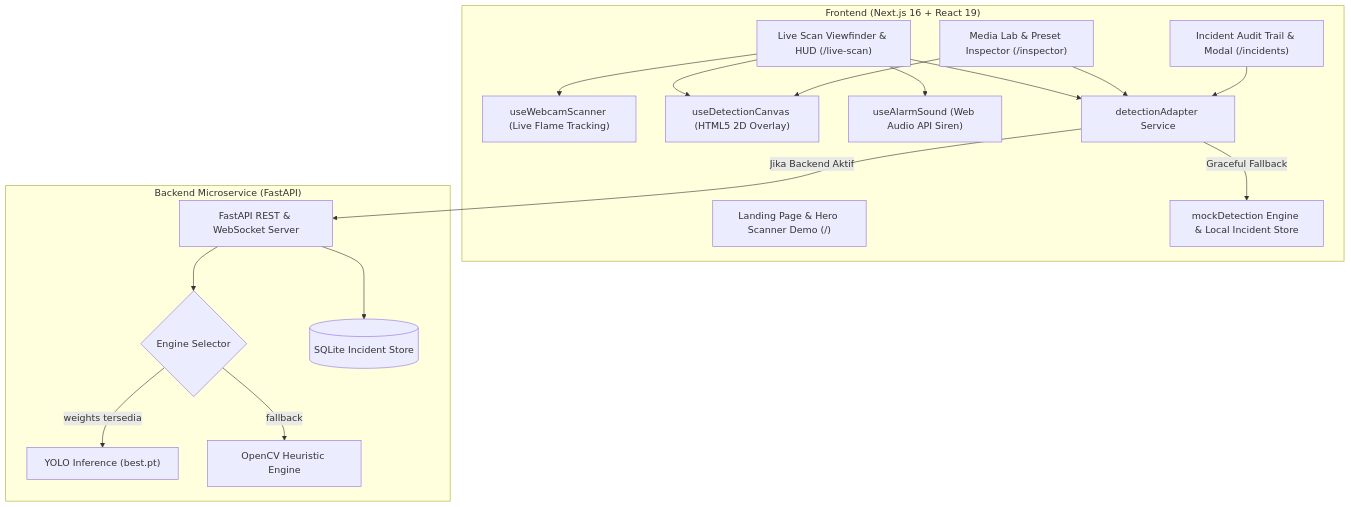
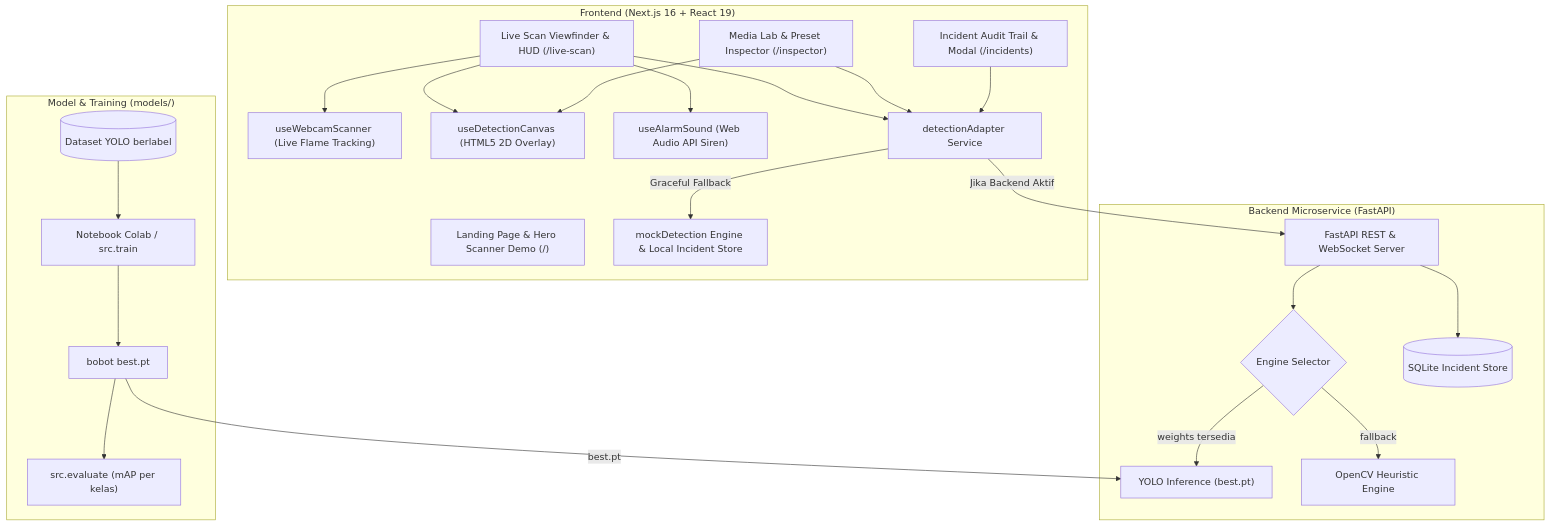
The diagram in README.md (ClaveAP/fire-smoke-detection), drawn with Mermaid before and after one commit. The commit also changed other lines of this file and 49 other files, not shown here.

````diff
--- a/README.md
+++ b/README.md
@@ -37,38 +38,50 @@
 ```mermaid
 flowchart TD
     subgraph Client["Frontend (Next.js 16 + React 19)"]
         Home["Landing Page & Hero Scanner Demo (/)"]
         LiveScan["Live Scan Viewfinder & HUD (/live-scan)"]
         Inspector["Media Lab & Preset Inspector (/inspector)"]
         Incidents["Incident Audit Trail & Modal (/incidents)"]
         
         Webcam["useWebcamScanner (Live Flame Tracking)"]
         Canvas["useDetectionCanvas (HTML5 2D Overlay)"]
         Synth["useAlarmSound (Web Audio API Siren)"]
         Adapter["detectionAdapter Service"]
         MockEngine["mockDetection Engine & Local Incident Store"]
     end
 
     subgraph Service["Backend Microservice (FastAPI)"]
         API["FastAPI REST & WebSocket Server"]
         Engine{"Engine Selector"}
         YOLO["YOLO Inference (best.pt)"]
         Heuristic["OpenCV Heuristic Engine"]
         DB[("SQLite Incident Store")]
     end
 
+    subgraph ML["Model & Training (models/)"]
+        Data[("Dataset YOLO berlabel")]
+        Notebook["Notebook Colab / src.train"]
+        Eval["src.evaluate (mAP per kelas)"]
+        Weights["bobot best.pt"]
+    end
+
     LiveScan --> Webcam
     LiveScan --> Canvas
     LiveScan --> Synth
     LiveScan --> Adapter
     Inspector --> Canvas
     Inspector --> Adapter
     Incidents --> Adapter
 
     Adapter -->|Jika Backend Aktif| API
     Adapter -->|Graceful Fallback| MockEngine
     API --> Engine
     Engine -->|weights tersedia| YOLO
     Engine -->|fallback| Heuristic
     API --> DB
+
+    Data --> Notebook
+    Notebook --> Weights
+    Weights --> Eval
+    Weights -->|best.pt| YOLO
 ```
````
